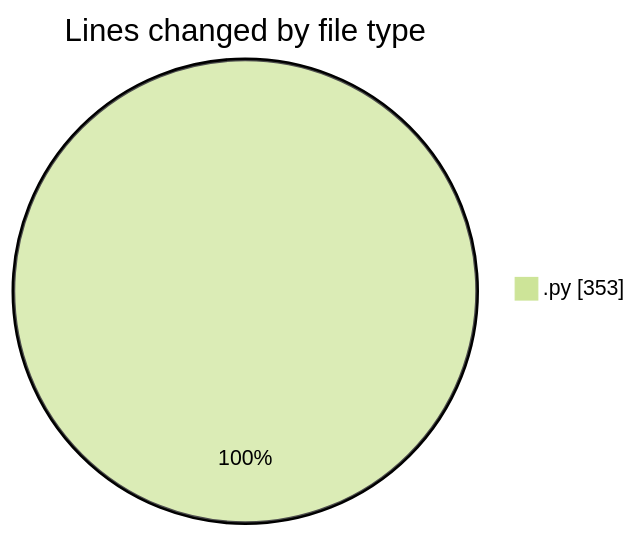
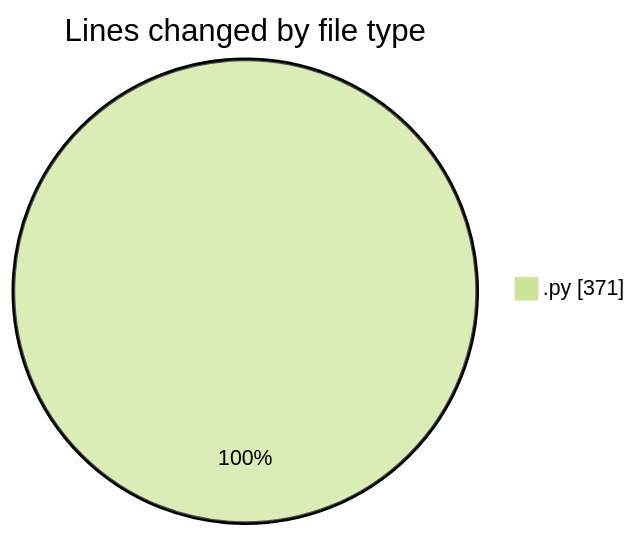
One commit to FelipKnott/code-tracking changed the first of 2 diagrams in 2025-07-13/cursor/README.md. Above: the diagram before and after it, drawn with Mermaid (forest theme). The commit also changed other lines of this file and 1 other file, not shown here.

````diff
--- a/2025-07-13/cursor/README.md
+++ b/2025-07-13/cursor/README.md
@@ -24,5 +25,5 @@
 ```mermaid
 pie showData
 title Lines changed by file type
-".py" : 353
+".py" : 371
 ```
````
